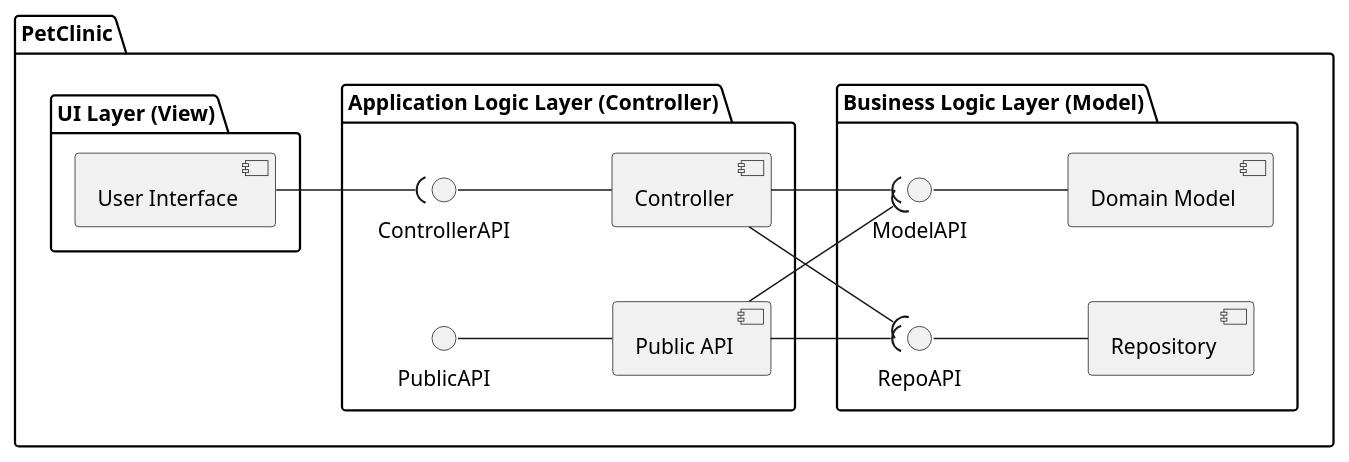
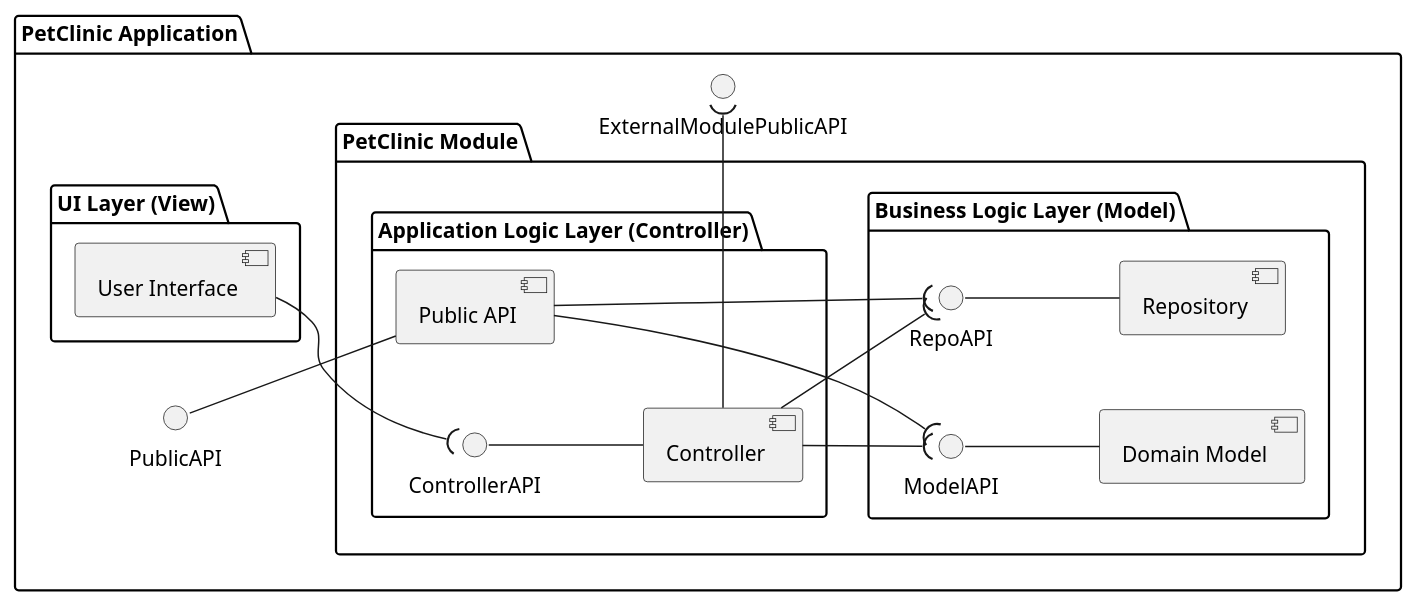
Before and after one commit to NunoMarmeleiro/spring-petclinic: the diagram in docs/PetClinic_VL_L3.puml, drawn with PlantUML. The commit also changed 2 other files, not shown here.

Commit message:
updated logic view diagram

```diff
--- a/docs/PetClinic_VL_L3.puml
+++ b/docs/PetClinic_VL_L3.puml
@@ -1,30 +1,35 @@
 @startuml
 'https://plantuml.com/component-diagram
 left to right direction
 
-package "PetClinic" {
+package "PetClinic Application" {
 
-  package "UI Layer (View)" {
+package "UI Layer (View)" {
      [User Interface]
-  }
+}
+
+package "PetClinic Module" {
 
   package "Application Logic Layer (Controller)" {
      ControllerAPI--[Controller]
-     PublicAPI--[Public API]
+     [Public API]
   }
 
   package "Business Logic Layer (Model)" {
      ModelAPI--[Domain Model]
      RepoAPI--[Repository]
   }
 
+}
+PublicAPI--[Public API]
+[Controller] -( ExternalModulePublicAPI
 }
 
 [User Interface] --( ControllerAPI
 [Controller] --( ModelAPI
 [Controller] --( RepoAPI
 [Public API] --( ModelAPI
 [Public API] --( RepoAPI
 
 
 @enduml
```
